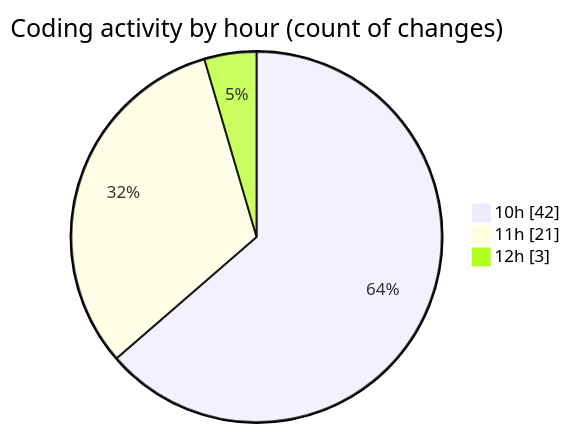
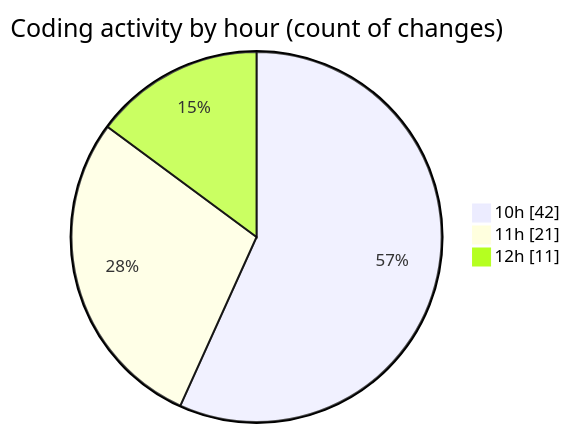
Before and after one commit to Ritupan-Deka/code-tracking: the second of 2 diagrams in 2025-07-04/urlwebwala_intership_work/README.md, drawn with Mermaid. The commit also changed other lines of this file and 1 other file, not shown here.

````diff
--- a/2025-07-04/urlwebwala_intership_work/README.md
+++ b/2025-07-04/urlwebwala_intership_work/README.md
@@ -30,7 +30,7 @@
 ```mermaid
 pie showData
 title Coding activity by hour (count of changes)
 "10h" : 42
 "11h" : 21
-"12h" : 3
+"12h" : 11
 ```
````
